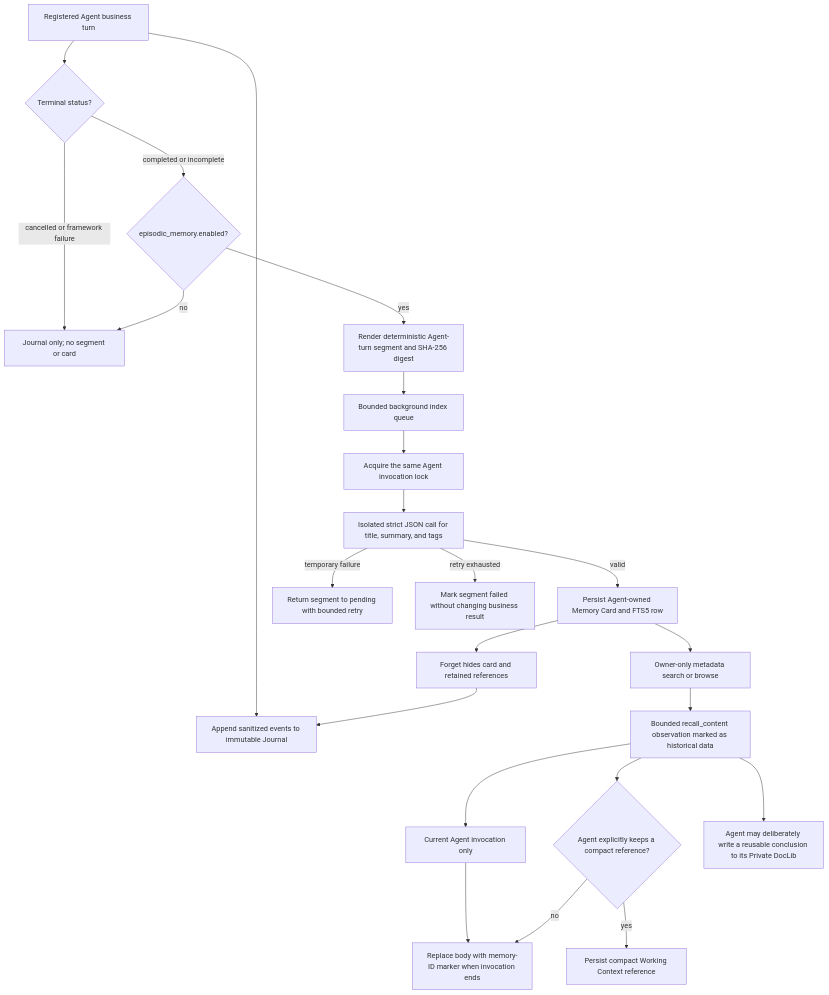
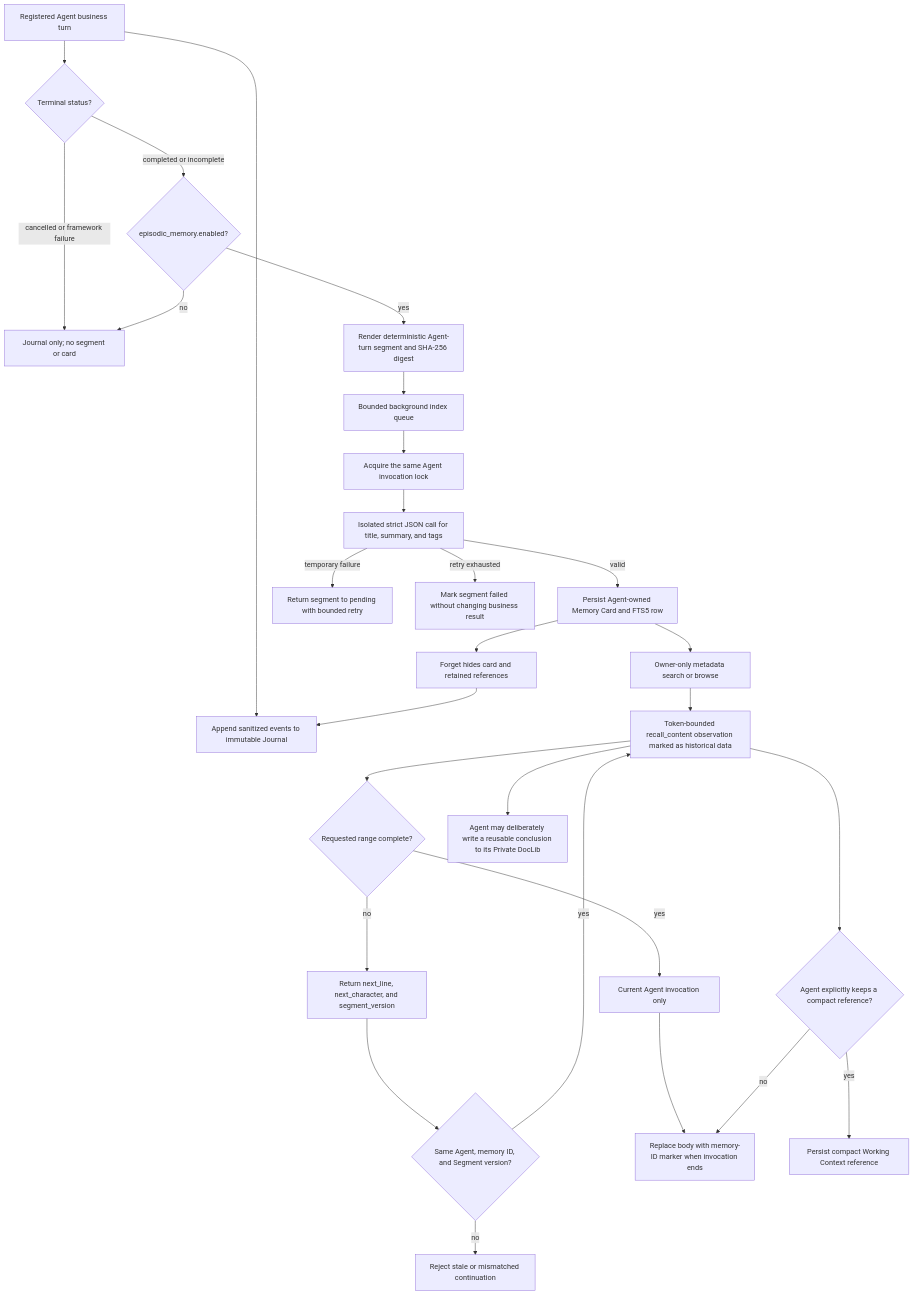
Before and after one commit to AI-Team-Team/AI-Team-Team: the diagram in docs/flowcharts/Selective_Episodic_Memory.md, drawn with Mermaid. The commit also changed 21 other files, not shown here.

First line of the commit message:
fix(core): harden agent invocation and memory recall

````diff
--- a/docs/flowcharts/Selective_Episodic_Memory.md
+++ b/docs/flowcharts/Selective_Episodic_Memory.md
@@ -3,25 +3,31 @@
 ```mermaid
 flowchart TD
     Turn["Registered Agent business turn"] --> Journal["Append sanitized events to immutable Journal"]
     Turn --> Terminal{"Terminal status?"}
     Terminal -->|completed or incomplete| Enabled{"episodic_memory.enabled?"}
     Terminal -->|cancelled or framework failure| Stop["Journal only; no segment or card"]
     Enabled -->|no| Stop
     Enabled -->|yes| Segment["Render deterministic Agent-turn segment and SHA-256 digest"]
     Segment --> Queue["Bounded background index queue"]
     Queue --> AgentLock["Acquire the same Agent invocation lock"]
     AgentLock --> Labels["Isolated strict JSON call for title, summary, and tags"]
     Labels -->|valid| Card["Persist Agent-owned Memory Card and FTS5 row"]
     Labels -->|temporary failure| Retry["Return segment to pending with bounded retry"]
     Labels -->|retry exhausted| Failed["Mark segment failed without changing business result"]
     Card --> Search["Owner-only metadata search or browse"]
-    Search --> Recall["Bounded recall_content observation marked as historical data"]
-    Recall --> Invocation["Current Agent invocation only"]
+    Search --> Recall["Token-bounded recall_content observation marked as historical data"]
+    Recall --> Complete{"Requested range complete?"}
+    Complete -->|no| Cursor["Return next_line, next_character, and segment_version"]
+    Cursor --> Version{"Same Agent, memory ID, and Segment version?"}
+    Version -->|yes| Recall
+    Version -->|no| Reject["Reject stale or mismatched continuation"]
+    Complete -->|yes| Invocation
+    Invocation["Current Agent invocation only"]
     Invocation --> Cleanup["Replace body with memory-ID marker when invocation ends"]
     Recall --> Keep{"Agent explicitly keeps a compact reference?"}
     Keep -->|yes| Working["Persist compact Working Context reference"]
     Keep -->|no| Cleanup
     Recall --> Private["Agent may deliberately write a reusable conclusion to its Private DocLib"]
     Card --> Forget["Forget hides card and retained references"]
     Forget --> Journal
 ```
````
